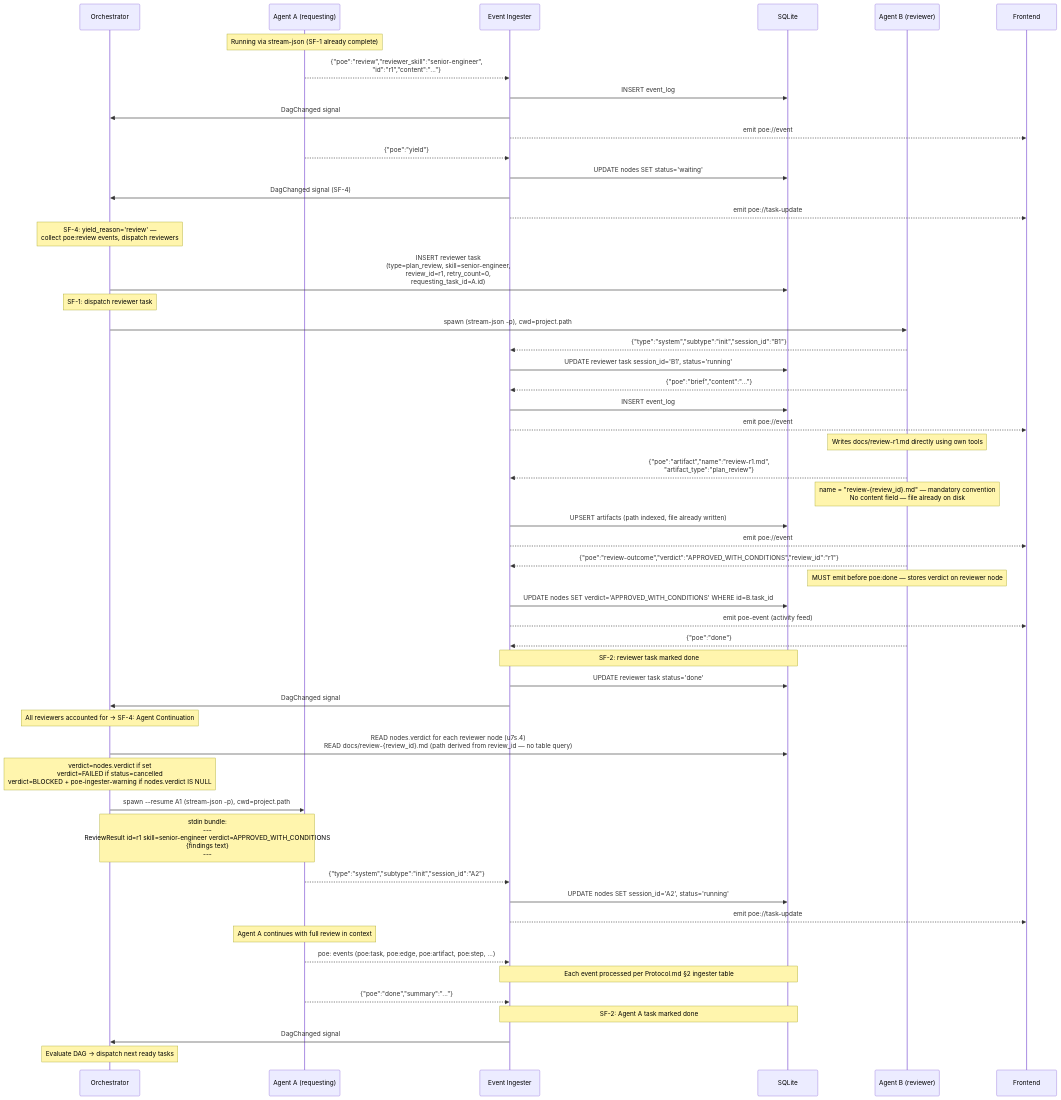
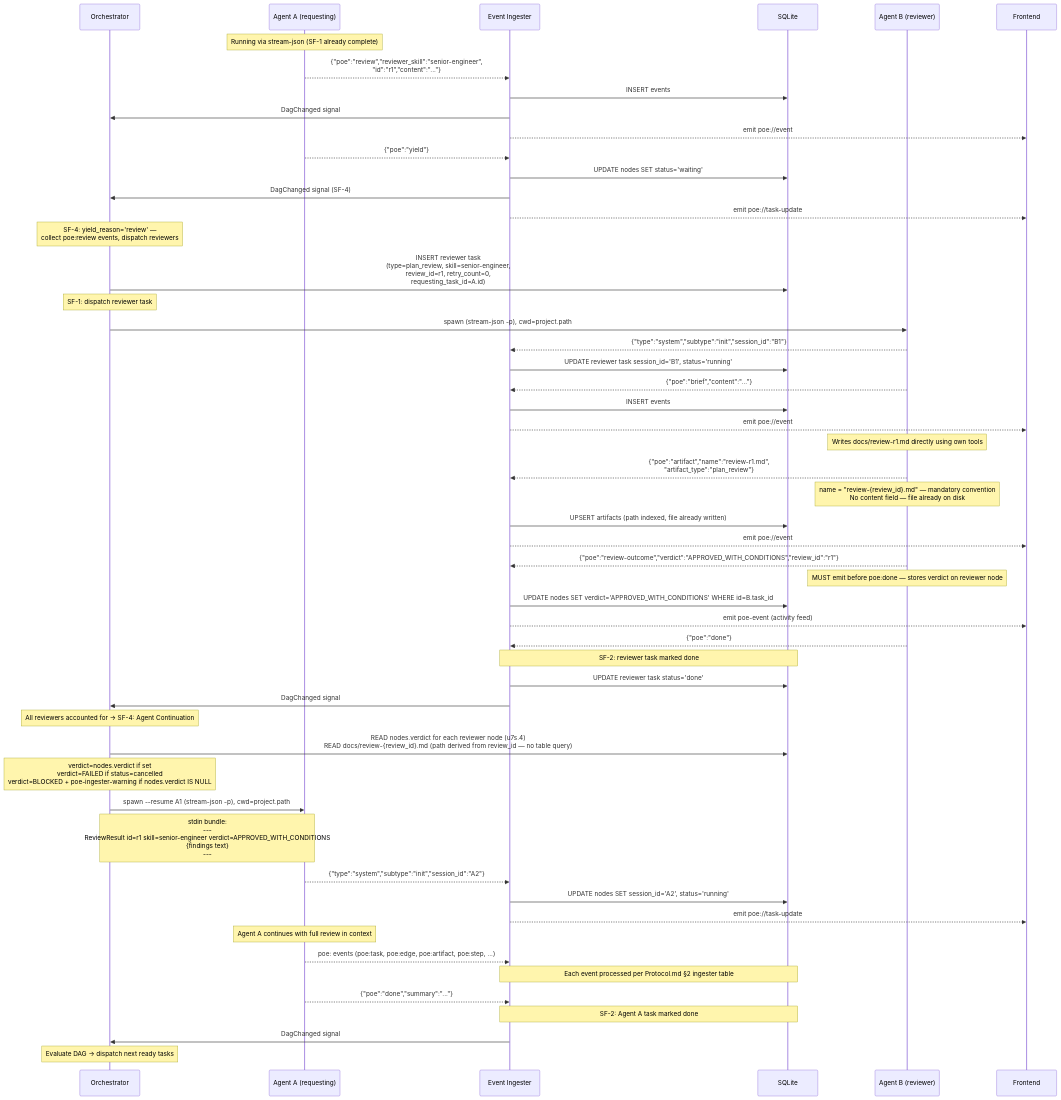
Before and after one commit to grant-traynor/bp6: the first of 10 diagrams in doc-POE/Flows.md, drawn with Mermaid. The commit also changed other lines of this file and 4 other files, not shown here.

````diff
--- a/doc-POE/Flows.md
+++ b/doc-POE/Flows.md
@@ -294,72 +311,72 @@
 ```mermaid
 sequenceDiagram
     participant Orch as Orchestrator
     participant A as Agent A (requesting)
     participant Ing as Event Ingester
     participant DB as SQLite
     participant B as Agent B (reviewer)
     participant FE as Frontend
 
     Note over A: Running via stream-json (SF-1 already complete)
 
     A-->>Ing: {"poe":"review","reviewer_skill":"senior-engineer",<br/>"id":"r1","content":"..."}
-    Ing->>DB: INSERT event_log
+    Ing->>DB: INSERT events
     Ing->>Orch: DagChanged signal
     Ing-->>FE: emit poe://event
 
     A-->>Ing: {"poe":"yield"}
     Ing->>DB: UPDATE nodes SET status='waiting'
     Ing->>Orch: DagChanged signal (SF-4)
     Ing-->>FE: emit poe://task-update
 
     Note over Orch: SF-4: yield_reason='review' —<br/>collect poe:review events, dispatch reviewers
 
     Orch->>DB: INSERT reviewer task<br/>(type=plan_review, skill=senior-engineer,<br/>review_id=r1, retry_count=0,<br/>requesting_task_id=A.id)
     Note over Orch: SF-1: dispatch reviewer task
 
     Orch->>B: spawn (stream-json -p), cwd=project.path
     B-->>Ing: {"type":"system","subtype":"init","session_id":"B1"}
     Ing->>DB: UPDATE reviewer task session_id='B1', status='running'
 
     B-->>Ing: {"poe":"brief","content":"..."}
-    Ing->>DB: INSERT event_log
+    Ing->>DB: INSERT events
     Ing-->>FE: emit poe://event
 
     Note over B: Writes docs/review-r1.md directly using own tools
     B-->>Ing: {"poe":"artifact","name":"review-r1.md",<br/>"artifact_type":"plan_review"}
     Note over B: name = "review-{review_id}.md" — mandatory convention<br/>No content field — file already on disk
     Ing->>DB: UPSERT artifacts (path indexed, file already written)
     Ing-->>FE: emit poe://event
 
     B-->>Ing: {"poe":"review-outcome","verdict":"APPROVED_WITH_CONDITIONS","review_id":"r1"}
     Note over B: MUST emit before poe:done — stores verdict on reviewer node
     Ing->>DB: UPDATE nodes SET verdict='APPROVED_WITH_CONDITIONS' WHERE id=B.task_id
     Ing-->>FE: emit poe-event (activity feed)
 
     B-->>Ing: {"poe":"done"}
     Note over Ing,DB: SF-2: reviewer task marked done
 
     Ing->>DB: UPDATE reviewer task status='done'
     Ing->>Orch: DagChanged signal
 
     Note over Orch: All reviewers accounted for → SF-4: Agent Continuation
 
     Orch->>DB: READ nodes.verdict for each reviewer node (u7s.4)<br/>READ docs/review-{review_id}.md (path derived from review_id — no table query)
     Note over Orch: verdict=nodes.verdict if set<br/>verdict=FAILED if status=cancelled<br/>verdict=BLOCKED + poe-ingester-warning if nodes.verdict IS NULL
     Orch->>A: spawn --resume A1 (stream-json -p), cwd=project.path
     Note over Orch,A: stdin bundle:<br/>---<br/>ReviewResult id=r1 skill=senior-engineer verdict=APPROVED_WITH_CONDITIONS<br/>{findings text}<br/>---
 
     A-->>Ing: {"type":"system","subtype":"init","session_id":"A2"}
     Ing->>DB: UPDATE nodes SET session_id='A2', status='running'
     Ing-->>FE: emit poe://task-update
 
     Note over A: Agent A continues with full review in context
 
     A-->>Ing: poe: events (poe:task, poe:edge, poe:artifact, poe:step, ...)
     Note over Ing,DB: Each event processed per Protocol.md §2 ingester table
 
     A-->>Ing: {"poe":"done","summary":"..."}
     Note over Ing,DB: SF-2: Agent A task marked done
     Ing->>Orch: DagChanged signal
     Note over Orch: Evaluate DAG → dispatch next ready tasks
 ```
````
